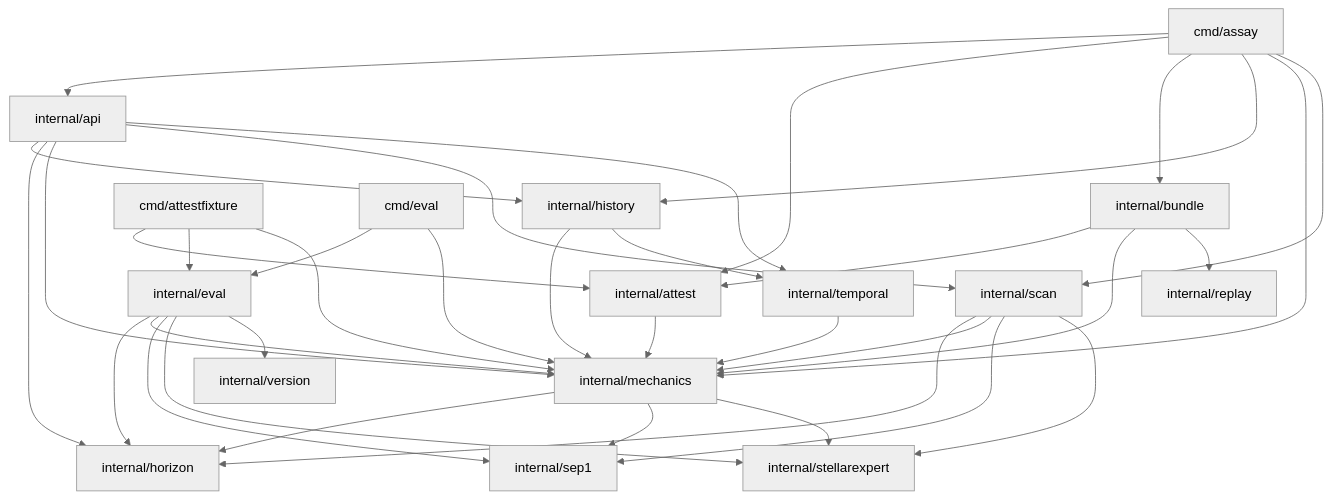
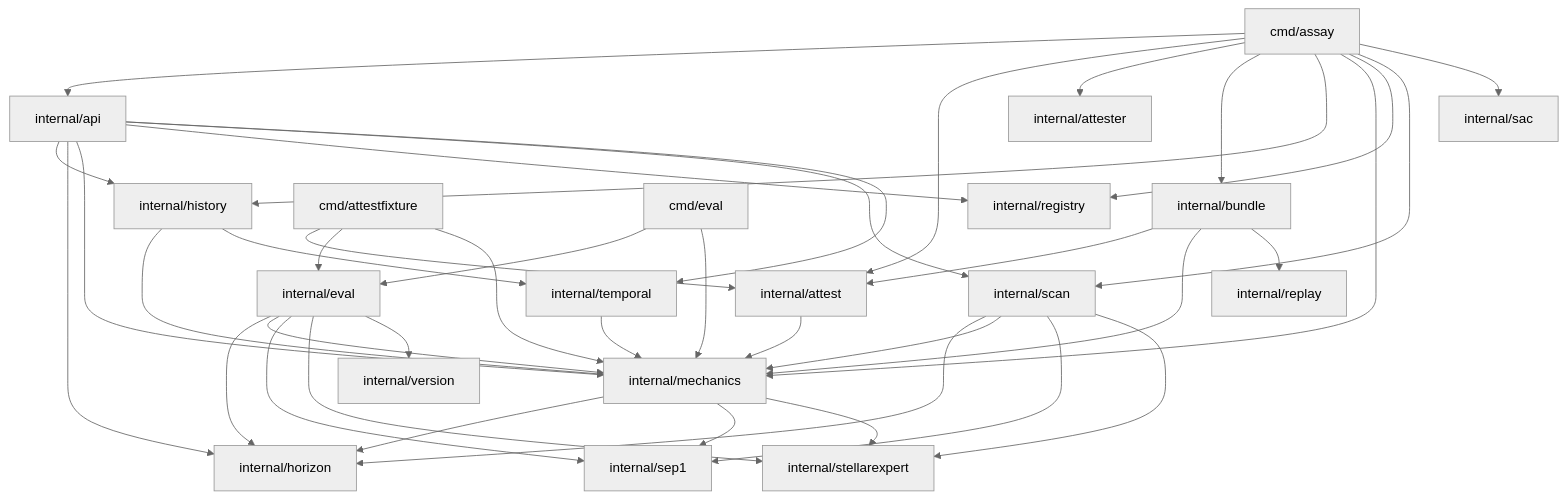
The diagram in docs/architecture.md (Jubilee-001/Assay), drawn with Mermaid (neutral theme) before and after one commit. The commit also changed other lines of this file and 8 other files, not shown here.

````diff
--- a/docs/architecture.md
+++ b/docs/architecture.md
@@ -93,47 +93,51 @@
 ```mermaid
 flowchart TD
     CMDASSAY["cmd/assay"] --> API["internal/api"]
     CMDASSAY --> ATTEST["internal/attest"]
+    CMDASSAY --> ATTSTER["internal/attester"]
     CMDASSAY --> BUNDLE["internal/bundle"]
     CMDASSAY --> HIST["internal/history"]
     CMDASSAY --> MECH["internal/mechanics"]
+    CMDASSAY --> REG["internal/registry"]
     CMDASSAY --> SCAN["internal/scan"]
+    CMDASSAY --> SAC["internal/sac"]
 
     CMDATTESTFIXTURE["cmd/attestfixture"] --> ATTEST
     CMDATTESTFIXTURE --> EVAL["internal/eval"]
     CMDATTESTFIXTURE --> MECH
 
     CMDEVAL["cmd/eval"] --> EVAL["internal/eval"]
     CMDEVAL --> MECH
 
     API --> HIST
     API --> HZ["internal/horizon"]
     API --> MECH
+    API --> REG
     API --> SCAN
     API --> TEMP["internal/temporal"]
 
     ATTEST --> MECH
     BUNDLE --> ATTEST
     BUNDLE --> MECH
     BUNDLE --> REPLAY["internal/replay"]
 
     EVAL --> HZ
     EVAL --> MECH
     EVAL --> SEP1["internal/sep1"]
     EVAL --> EXP["internal/stellarexpert"]
     EVAL --> VER["internal/version"]
 
     HIST --> MECH
     HIST --> TEMP
 
     MECH --> HZ
     MECH --> SEP1
     MECH --> EXP
 
     SCAN --> HZ
     SCAN --> MECH
     SCAN --> SEP1
     SCAN --> EXP
 
     TEMP --> MECH
 ```
````
